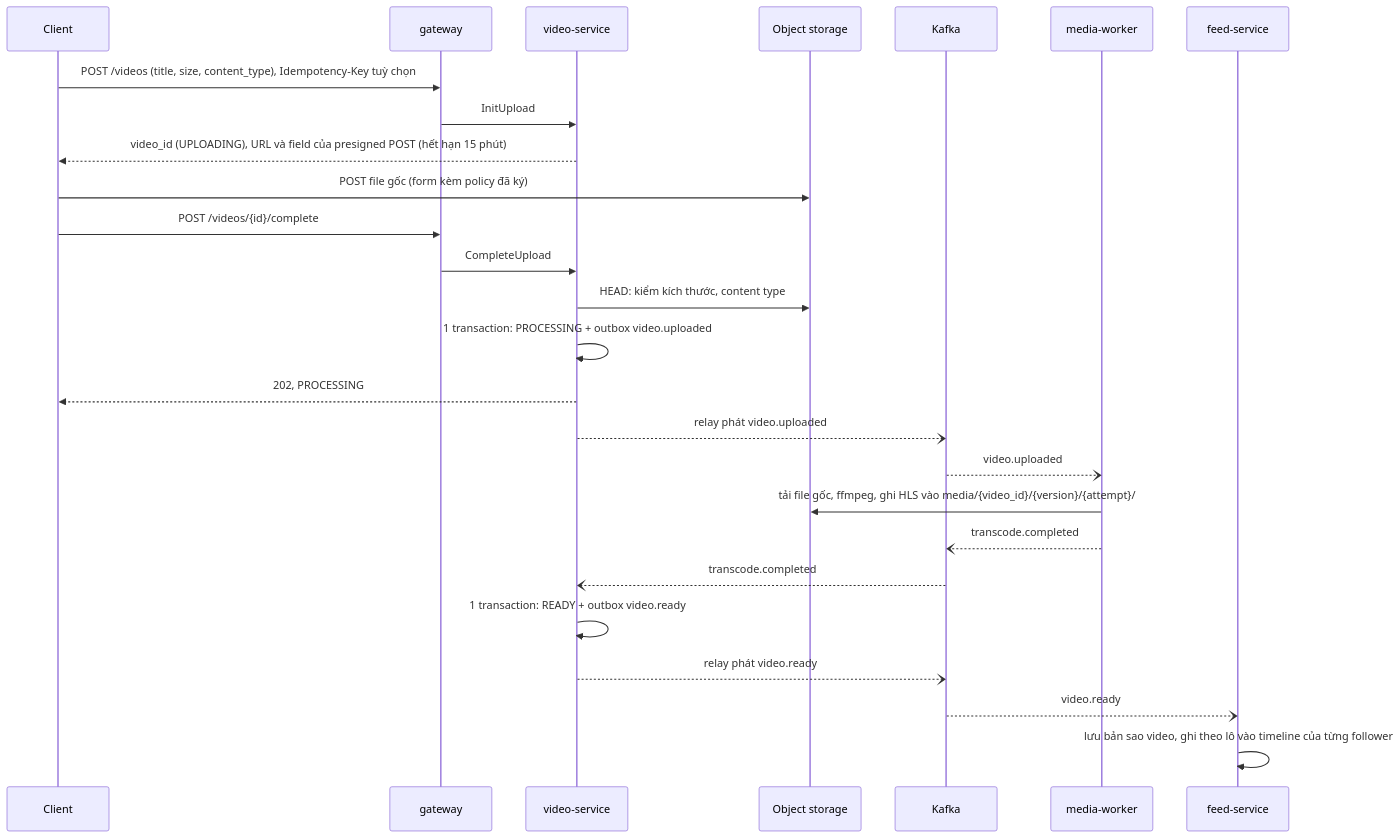
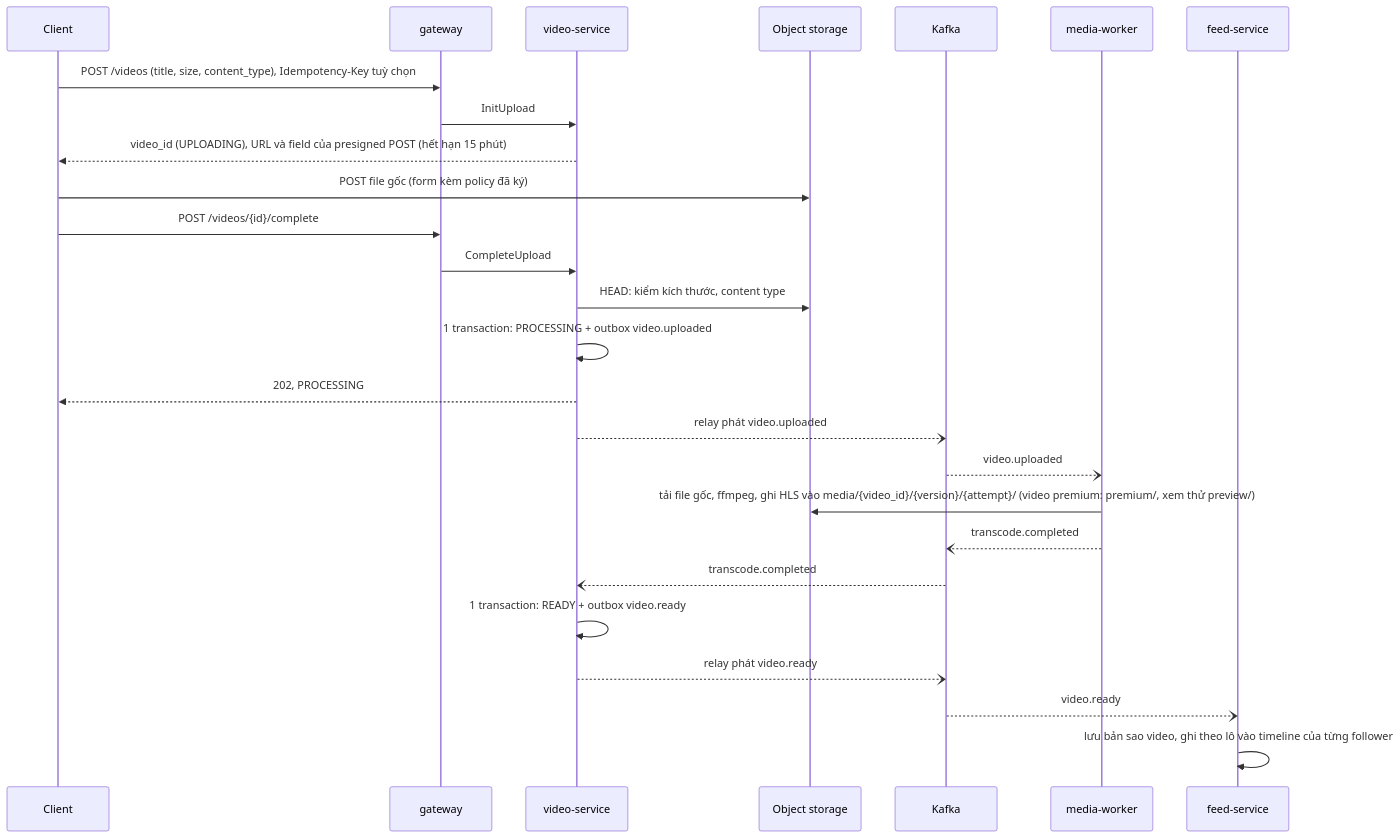
The third of 4 diagrams in docs/architecture.md (anhnvcoder/svp-backend), drawn with Mermaid before and after one commit. The commit also changed other lines of this file and 101 other files, not shown here.

````diff
--- a/docs/architecture.md
+++ b/docs/architecture.md
@@ -172,29 +172,29 @@
 ```mermaid
 sequenceDiagram
     participant C as Client
     participant GW as gateway
     participant VS as video-service
     participant S3 as Object storage
     participant RP as Kafka
     participant MW as media-worker
     participant FS as feed-service
 
     C->>GW: POST /videos (title, size, content_type), Idempotency-Key tuỳ chọn
     GW->>VS: InitUpload
     VS-->>C: video_id (UPLOADING), URL và field của presigned POST (hết hạn 15 phút)
     C->>S3: POST file gốc (form kèm policy đã ký)
     C->>GW: POST /videos/{id}/complete
     GW->>VS: CompleteUpload
     VS->>S3: HEAD: kiểm kích thước, content type
     VS->>VS: 1 transaction: PROCESSING + outbox video.uploaded
     VS-->>C: 202, PROCESSING
     VS--)RP: relay phát video.uploaded
     RP--)MW: video.uploaded
-    MW->>S3: tải file gốc, ffmpeg, ghi HLS vào media/{video_id}/{version}/{attempt}/
+    MW->>S3: tải file gốc, ffmpeg, ghi HLS vào media/{video_id}/{version}/{attempt}/ (video premium: premium/, xem thử preview/)
     MW--)RP: transcode.completed
     RP--)VS: transcode.completed
     VS->>VS: 1 transaction: READY + outbox video.ready
     VS--)RP: relay phát video.ready
     RP--)FS: video.ready
     FS->>FS: lưu bản sao video, ghi theo lô vào timeline của từng follower
 ```
````
